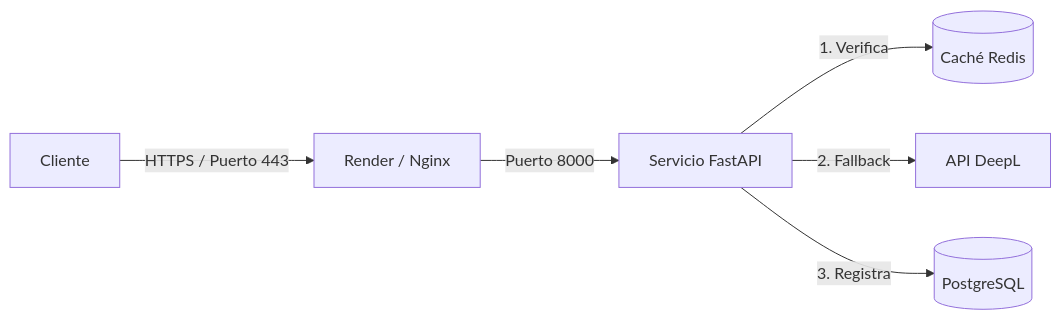
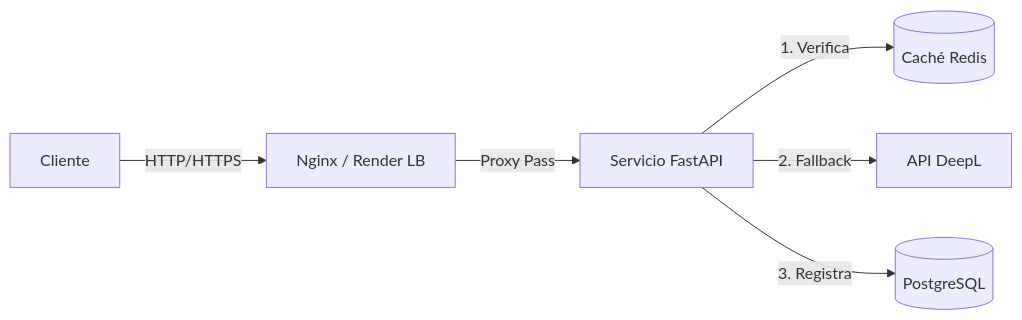
Before and after one commit to TheMattGH/Smart-Translator-API: the diagram in README.md, drawn with Mermaid. The commit also changed other lines of this file, not shown here.

````diff
--- a/README.md
+++ b/README.md
@@ -29,8 +30,8 @@
 ```mermaid
 graph LR
-    Client[Cliente] -->|HTTPS / Puerto 443| Cloud[Render / Nginx]
-    Cloud -->|Puerto 8000| API[Servicio FastAPI]
+    Client[Cliente] -->|HTTP/HTTPS| Gateway[Nginx / Render LB]
+    Gateway -->|Proxy Pass| API[Servicio FastAPI]
     API -->|1. Verifica| Redis[(Caché Redis)]
     API -->|2. Fallback| DeepL[API DeepL]
     API -->|3. Registra| DB[(PostgreSQL)]
 ```
````
